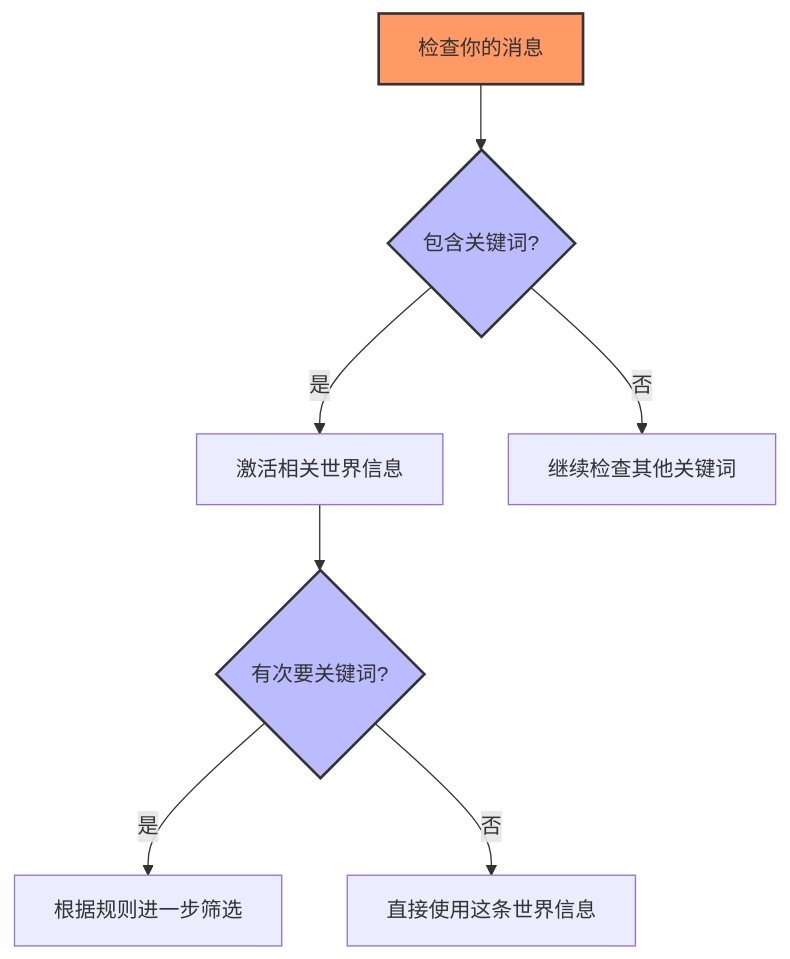
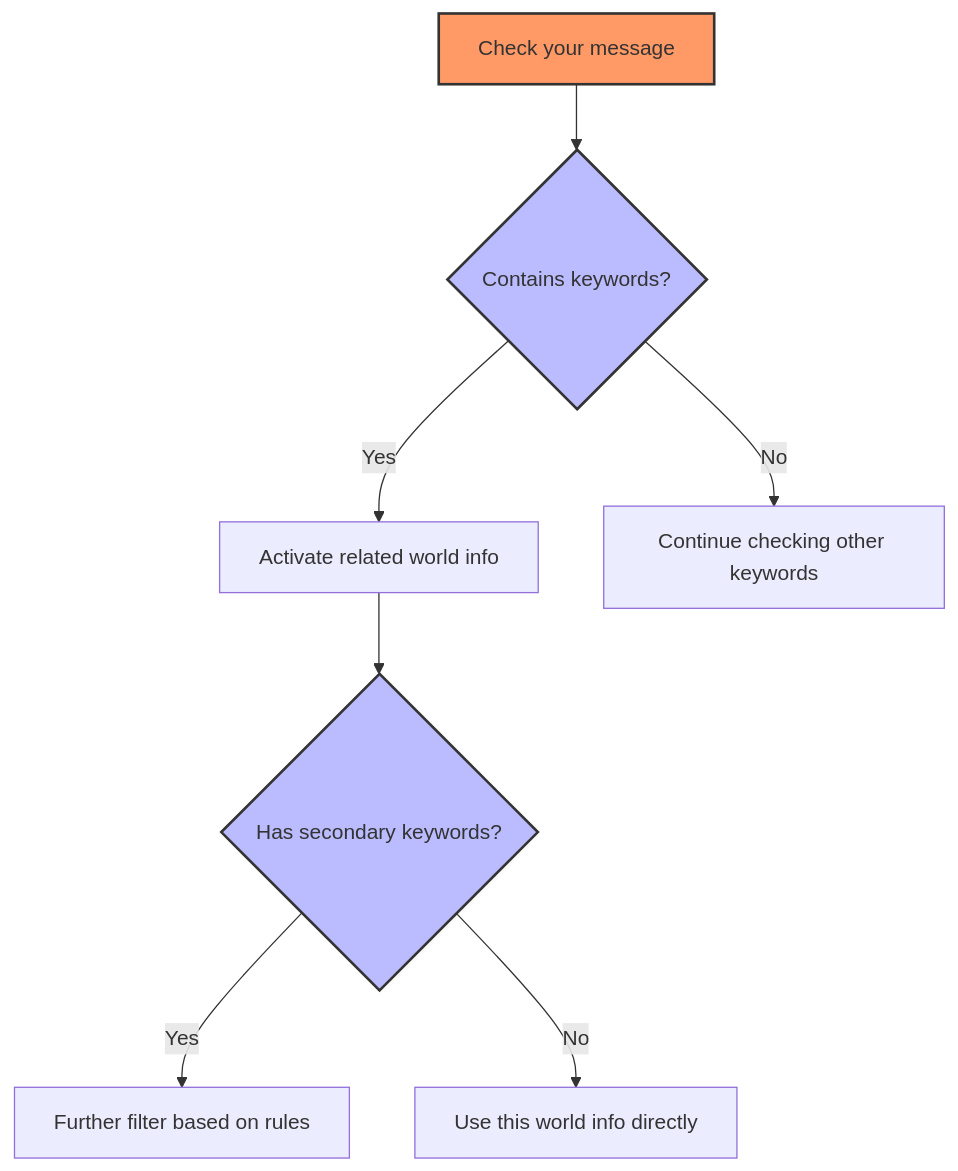
One commit to thesavant42/intro-to-silly-tavern-prompts changed the seventh of 10 diagrams in README.md. Above: the diagram before and after it, drawn with Mermaid. The commit also changed other lines of this file, not shown here.

````diff
--- a/README.md
+++ b/README.md
@@ -230,13 +230,13 @@
 ```mermaid
 flowchart TD
-    A[检查你的消息] --> B{包含关键词?}
-    B -->|是| C[激活相关世界信息]
-    B -->|否| D[继续检查其他关键词]
-    C --> E{有次要关键词?}
-    E -->|是| F[根据规则进一步筛选]
-    E -->|否| G[直接使用这条世界信息]
+    A[Check your message] --> B{Contains keywords?}
+    B -->|Yes| C[Activate related world info]
+    B -->|No| D[Continue checking other keywords]
+    C --> E{Has secondary keywords?}
+    E -->|Yes| F[Further filter based on rules]
+    E -->|No| G[Use this world info directly]
     
     style A fill:#f96,stroke:#333,stroke-width:2px
     style B fill:#bbf,stroke:#333,stroke-width:2px
     style E fill:#bbf,stroke:#333,stroke-width:2px
 ```
````
